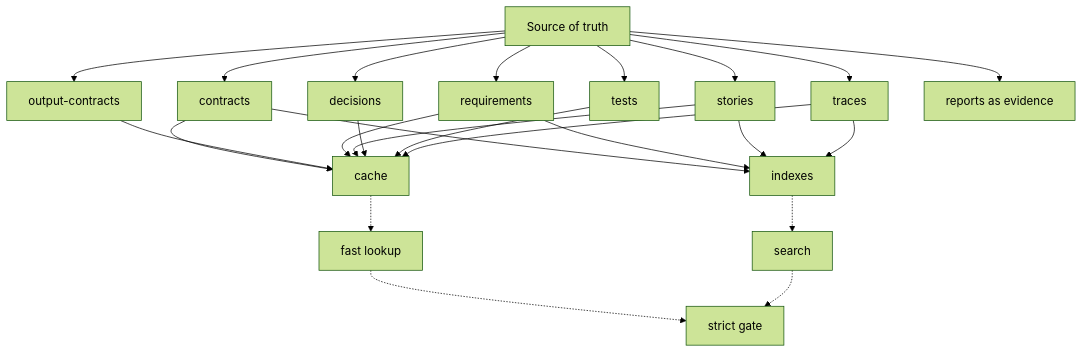
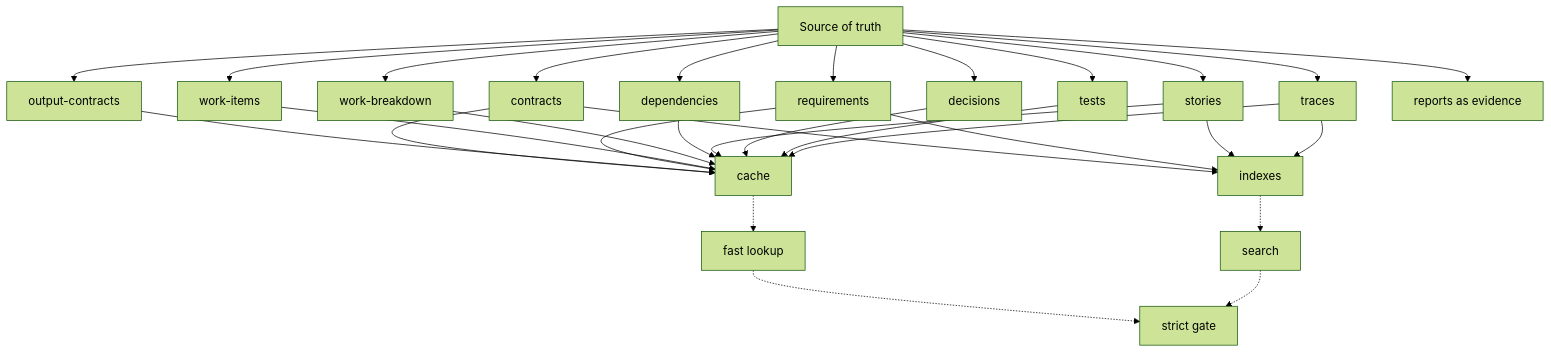
One commit to aantenore/agentic-sdlc-codex-plugin changed the first of 2 diagrams in docs/kb-structure.md. Above: the diagram before and after it, drawn with Mermaid (forest theme). The commit also changed other lines of this file and 8 other files, not shown here.

````diff
--- a/docs/kb-structure.md
+++ b/docs/kb-structure.md
@@ -40,30 +43,36 @@
 ```mermaid
 flowchart TB
   Source["Source of truth"]
   Source --> Contracts["contracts"]
   Source --> OutputContracts["output-contracts"]
   Source --> Requirements["requirements"]
+  Source --> WorkItems["work-items"]
+  Source --> Breakdown["work-breakdown"]
+  Source --> Dependencies["dependencies"]
   Source --> Stories["stories"]
   Source --> Decisions["decisions"]
   Source --> Tests["tests"]
   Source --> Traces["traces"]
   Source --> Reports["reports as evidence"]
 
   Contracts --> Cache["cache"]
   OutputContracts --> Cache
   Requirements --> Cache
+  WorkItems --> Cache
+  Breakdown --> Cache
+  Dependencies --> Cache
   Stories --> Cache
   Decisions --> Cache
   Tests --> Cache
   Traces --> Cache
 
   Contracts --> Indexes["indexes"]
   Requirements --> Indexes
   Stories --> Indexes
   Traces --> Indexes
 
   Cache -.-> FastLookup["fast lookup"]
   Indexes -.-> Search["search"]
   FastLookup -.-> Gate["strict gate"]
   Search -.-> Gate
 ```
````
